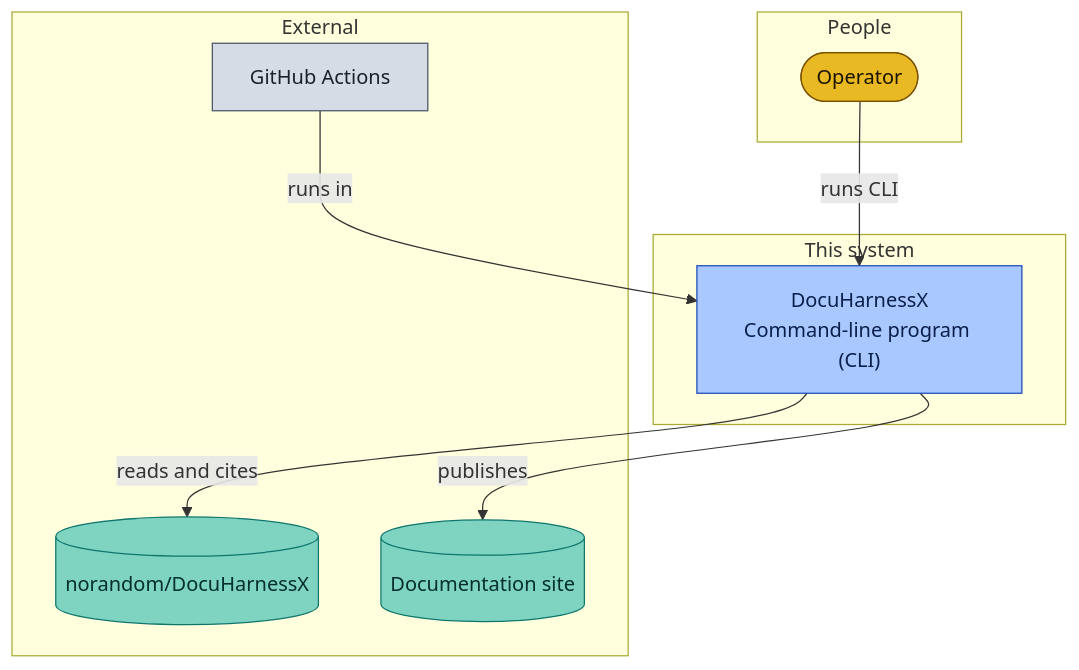
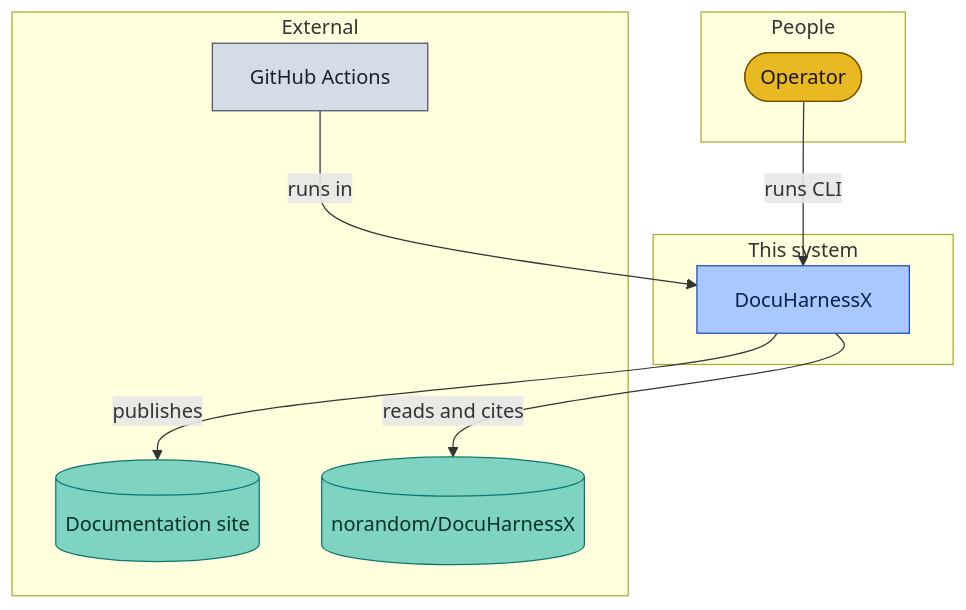
One commit to norandom/DocuHarnessX changed the fourth of 9 diagrams in docs/index.md. Above: the diagram before and after it, drawn with Mermaid. The commit also changed other lines of this file and 31 other files, not shown here.

First line of the commit message:
feat(architect-narrative): architecture model and overview views

````diff
--- a/docs/index.md
+++ b/docs/index.md
@@ -105,27 +107,28 @@
 ```mermaid
 flowchart TB
   subgraph people["People"]
-    actor(["Operator"])
+  actor_operator(["Operator"])
   end
   subgraph enterprise["This system"]
-    sys["DocuHarnessX<br/>Command-line program (CLI)"]
+  system["DocuHarnessX"]
   end
   subgraph external["External"]
-    repo[("norandom/DocuHarnessX")]
-    ci["GitHub Actions"]
-    docs[("Documentation site")]
+  external_ci["GitHub Actions"]
+  external_docs[("Documentation site")]
+  external_repo[("norandom/DocuHarnessX")]
   end
-  actor -->|"runs CLI"| sys
-  sys -->|"reads and cites"| repo
-  ci -->|"runs in"| sys
-  sys -->|"publishes"| docs
-  class actor person
-  class sys system
-  class repo,docs store
-  class ci external
+  actor_operator -->|"runs CLI"| system
+  system -->|"reads and cites"| external_repo
+  external_ci -->|"runs in"| system
+  system -->|"publishes"| external_docs
+  class actor_operator person
+  class system system
+  class external_ci external
+  class external_docs store
+  class external_repo store
   classDef person fill:#E8B923,stroke:#7A5100,color:#1A1300
   classDef system fill:#A8C8FF,stroke:#1E4BB8,color:#0B1F4A
   classDef container fill:#B9D4FE,stroke:#2F62C4,color:#0B1F4A
   classDef external fill:#D5DCE6,stroke:#4A5568,color:#1A202C
   classDef store fill:#7ED4C0,stroke:#0F766E,color:#042F2E
 ```
````
